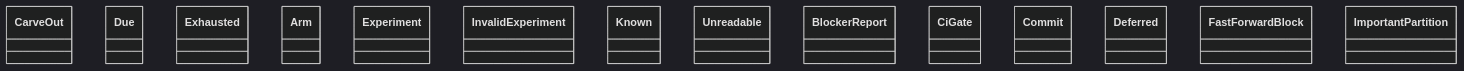
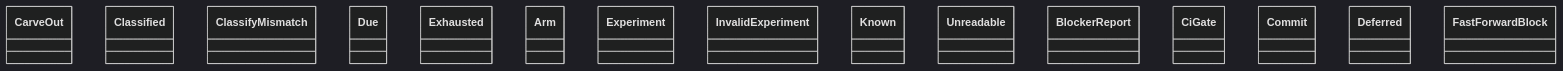
Before and after one commit to GonzaloZevallos/agentic-system: the diagram in docs/architecture/generated/classes-process-domain-state-1.md, drawn with Mermaid (dark theme). The commit also changed 20 other files, not shown here.

Commit message:
Regenerate the architecture docs after merging master

````diff
--- a/docs/architecture/generated/classes-process-domain-state-1.md
+++ b/docs/architecture/generated/classes-process-domain-state-1.md
@@ -30,17 +30,18 @@
 ```mermaid
 classDiagram
     class carve_out__CarveOut["CarveOut"]
+    class drawing_answer__Classified["Classified"]
+    class drawing_answer__ClassifyMismatch["ClassifyMismatch"]
     class drawing_answer__Due["Due"]
     class drawing_answer__Exhausted["Exhausted"]
     class experiment__Arm["Arm"]
     class experiment__Experiment["Experiment"]
     class experiment__InvalidExperiment["InvalidExperiment"]
     class lead_time__Known["Known"]
     class lead_time__Unreadable["Unreadable"]
     class rules__BlockerReport["BlockerReport"]
     class rules__CiGate["CiGate"]
     class rules__Commit["Commit"]
     class rules__Deferred["Deferred"]
     class rules__FastForwardBlock["FastForwardBlock"]
-    class rules__ImportantPartition["ImportantPartition"]
 ```
````
